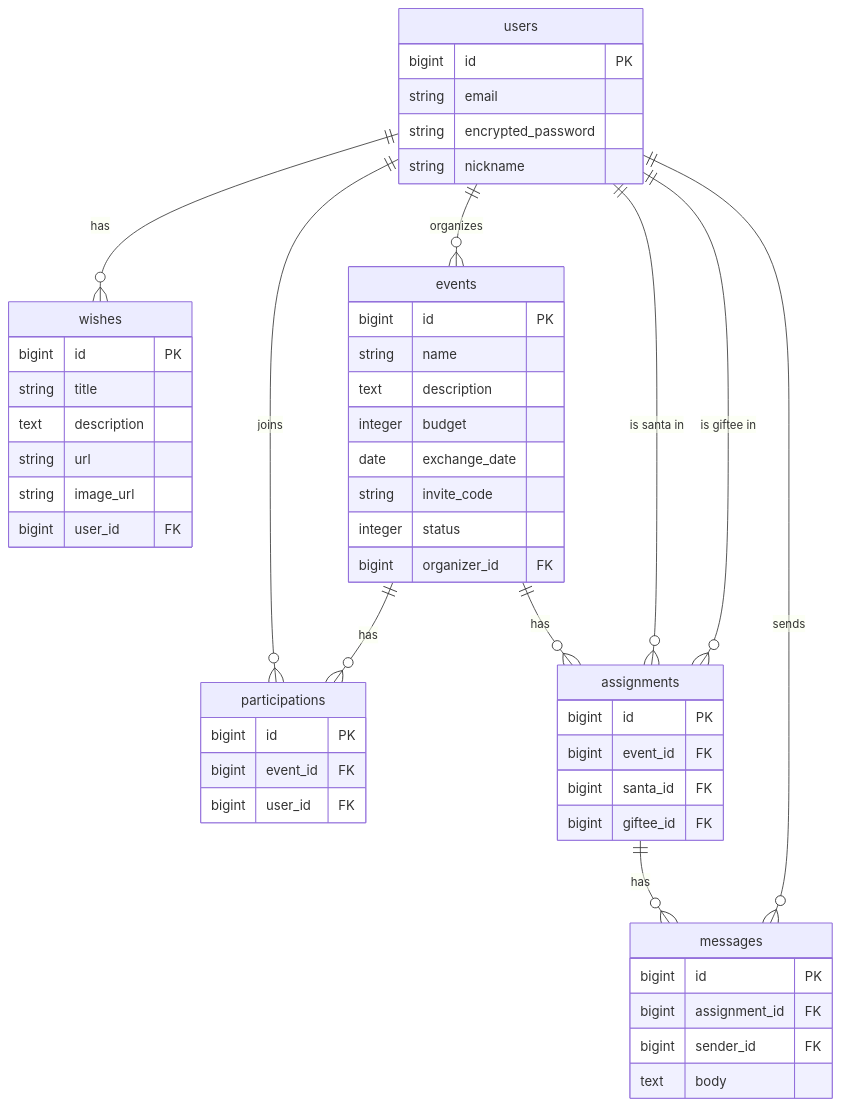
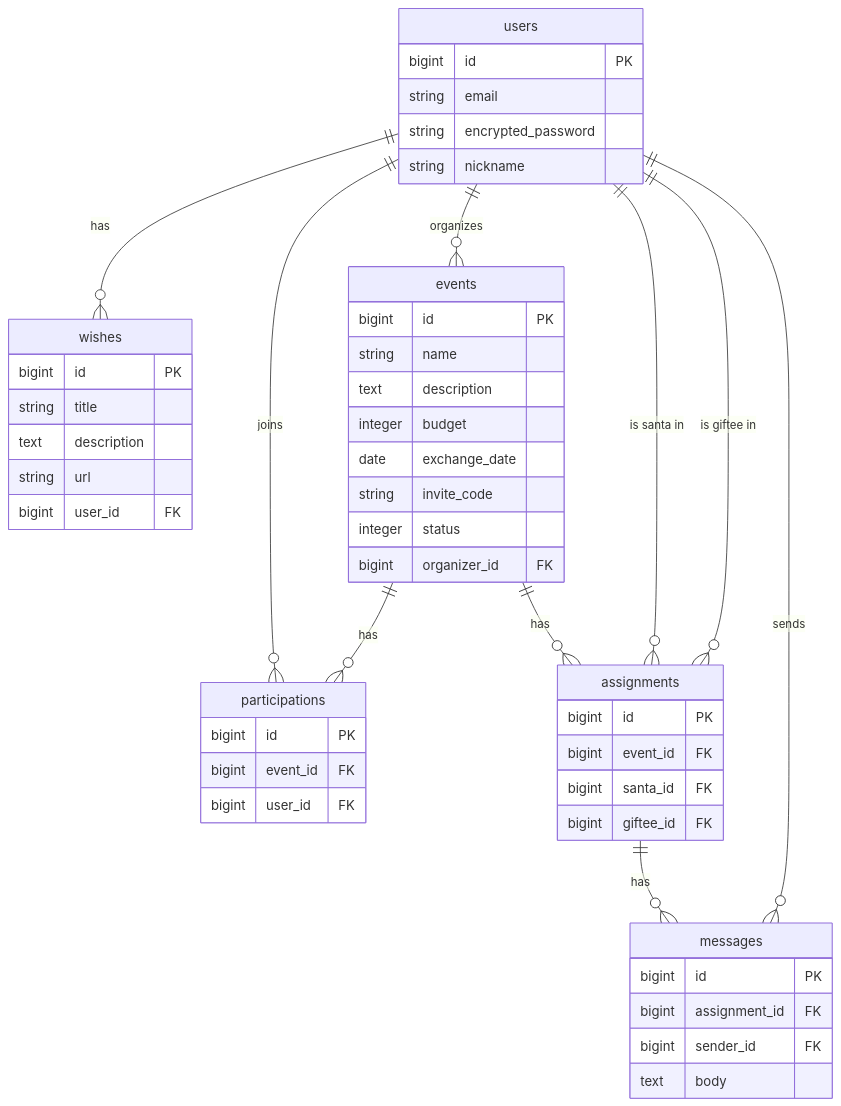
One commit to qcfrab/secret_santa changed the diagram in README.md. Above: the diagram before and after it, drawn with Mermaid. The commit also changed 2 other files, not shown here.

Commit message:
Remove unused image_url column from wishes

````diff
--- a/README.md
+++ b/README.md
@@ -7,54 +7,53 @@
 ```mermaid
 erDiagram
   users ||--o{ wishes : "has"
   users ||--o{ events : "organizes"
   users ||--o{ participations : "joins"
   events ||--o{ participations : "has"
   events ||--o{ assignments : "has"
   users ||--o{ assignments : "is santa in"
   users ||--o{ assignments : "is giftee in"
   assignments ||--o{ messages : "has"
   users ||--o{ messages : "sends"
 
     users {
         bigint id PK
         string email
         string encrypted_password
         string nickname
     }
     wishes {
         bigint id PK
         string title
         text description
         string url
-        string image_url
         bigint user_id FK
     }
   events {
     bigint id PK
     string name
     text description
     integer budget
     date exchange_date
     string invite_code
     integer status
     bigint organizer_id FK
   }
   participations {
     bigint id PK
     bigint event_id FK
     bigint user_id FK
   }
   assignments {
     bigint id PK
     bigint event_id FK
     bigint santa_id FK
     bigint giftee_id FK
   }
   messages {
     bigint id PK
     bigint assignment_id FK
     bigint sender_id FK
     text body
   }
 ```
````
